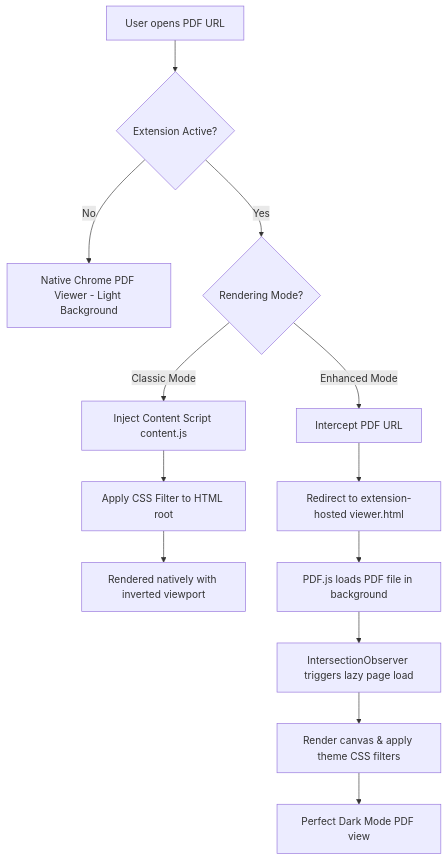
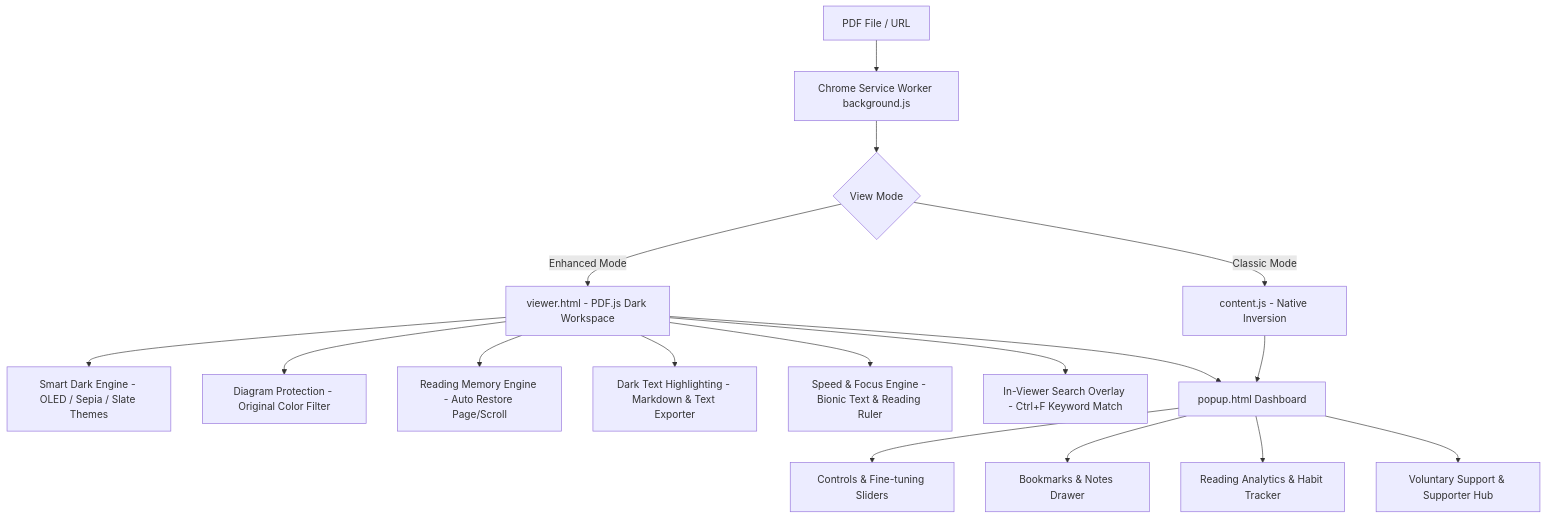
One commit to youchengchao/Portable-Darkument-Format changed the diagram in README.md. Above: the diagram before and after it, drawn with Mermaid. The commit also changed other lines of this file and 1 other file, not shown here.

Commit message:
docs: Add Chrome Web Store submission manifest (STORE_LISTING.md) & upgrade README.md

````diff
--- a/README.md
+++ b/README.md
@@ -46,17 +32,21 @@
 ```mermaid
 graph TD
-    A[User opens PDF URL] --> B{Extension Active?}
-    B -- No --> C[Native Chrome PDF Viewer - Light Background]
-    B -- Yes --> D{Rendering Mode?}
+    A[PDF File / URL] --> B[Chrome Service Worker background.js]
+    B --> C{View Mode}
     
-    D -- Classic Mode --> E[Inject Content Script content.js]
-    E --> F[Apply CSS Filter to HTML root]
-    F --> G[Rendered natively with inverted viewport]
+    C -- Classic Mode --> D[content.js - Native Inversion]
+    C -- Enhanced Mode --> E[viewer.html - PDF.js Dark Workspace]
     
-    D -- Enhanced Mode --> H[Intercept PDF URL]
-    H --> I[Redirect to extension-hosted viewer.html]
-    I --> J[PDF.js loads PDF file in background]
-    J --> K[IntersectionObserver triggers lazy page load]
-    K --> L[Render canvas & apply theme CSS filters]
-    L --> M[Perfect Dark Mode PDF view]
+    E --> F1[Smart Dark Engine - OLED / Sepia / Slate Themes]
+    E --> F2[Diagram Protection - Original Color Filter]
+    E --> F3[Reading Memory Engine - Auto Restore Page/Scroll]
+    E --> F4[Dark Text Highlighting - Markdown & Text Exporter]
+    E --> F5[Speed & Focus Engine - Bionic Text & Reading Ruler]
+    E --> F6[In-Viewer Search Overlay - Ctrl+F Keyword Match]
+    
+    E & D --> G[popup.html Dashboard]
+    G --> H1[Controls & Fine-tuning Sliders]
+    G --> H2[Bookmarks & Notes Drawer]
+    G --> H3[Reading Analytics & Habit Tracker]
+    G --> H4[Voluntary Support & Supporter Hub]
 ```
````
